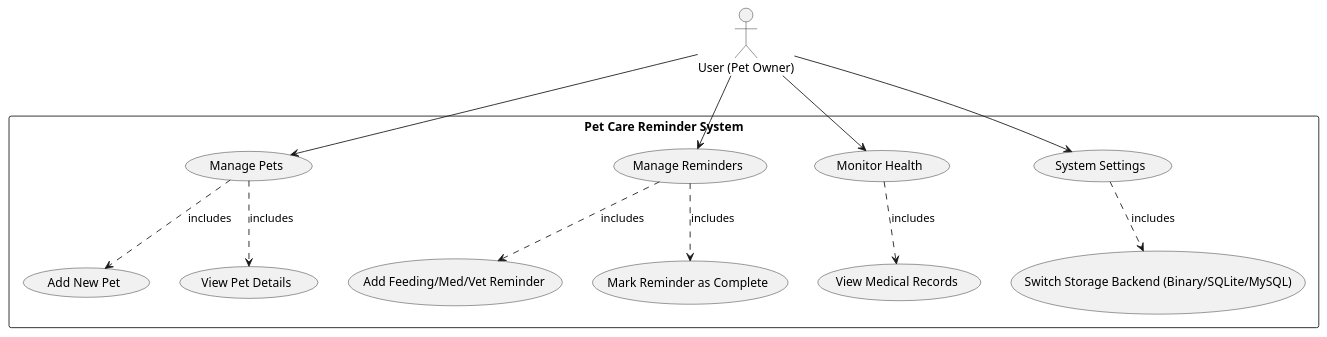
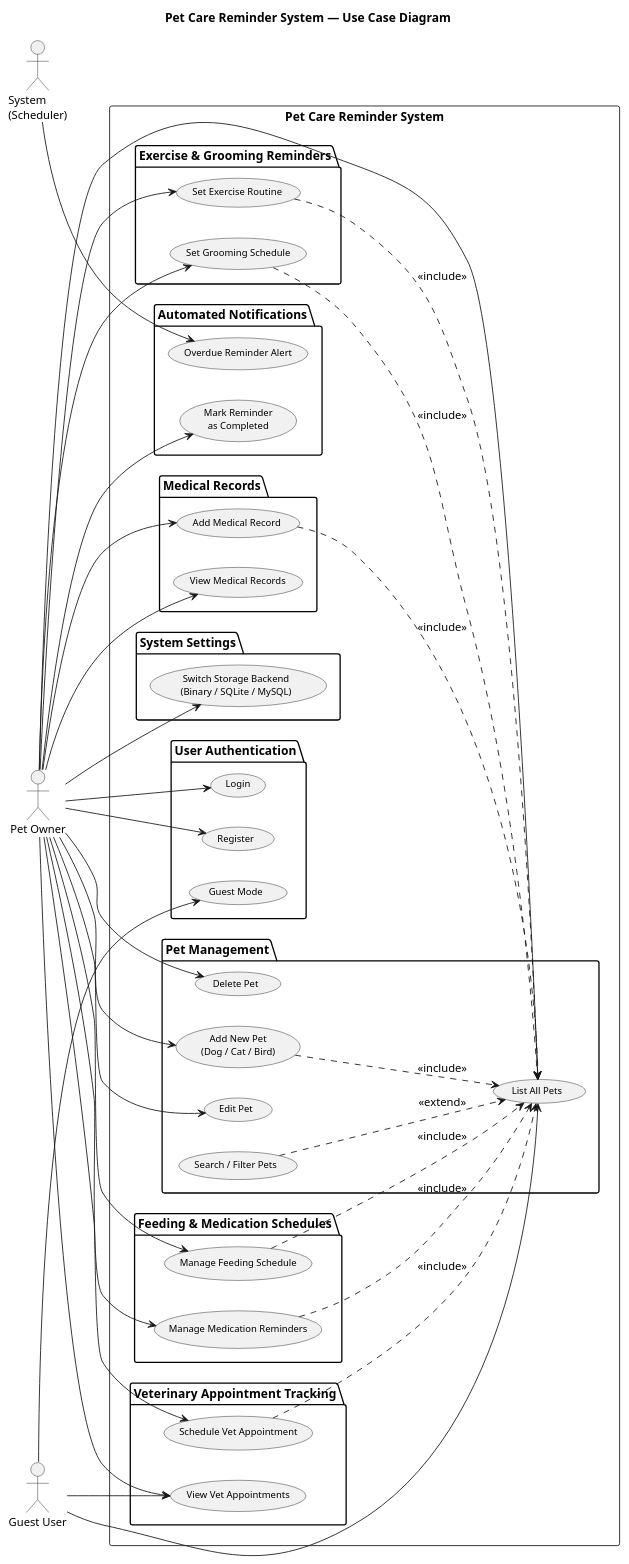
Before and after one commit to SecureCypher/cen-206-38-mehdi-karagulle-java: the diagram in design/plantuml/usecase.puml, drawn with PlantUML. The commit also changed 54 other files, not shown here.

Commit message:
docs(design): sync comprehensive UML diagrams and Figma mockups

```diff
--- a/design/plantuml/usecase.puml
+++ b/design/plantuml/usecase.puml
@@ -1,34 +1,102 @@
 @startuml PetReminderUseCase
-actor "User (Pet Owner)" as User
+title Pet Care Reminder System — Use Case Diagram
+
+left to right direction
+skinparam actorFontSize 13
+skinparam usecaseFontSize 11
+
+actor "Pet Owner" as User
+actor "Guest User" as Guest
+actor "System\n(Scheduler)" as System
 
 rectangle "Pet Care Reminder System" {
-  usecase "Manage Pets" as UC1
-  usecase "Add New Pet" as UC1_1
-  usecase "View Pet Details" as UC1_2
-  
-  usecase "Manage Reminders" as UC2
-  usecase "Add Feeding/Med/Vet Reminder" as UC2_1
-  usecase "Mark Reminder as Complete" as UC2_2
-  
-  usecase "Monitor Health" as UC3
-  usecase "View Medical Records" as UC3_1
-  
-  usecase "System Settings" as UC4
-  usecase "Switch Storage Backend (Binary/SQLite/MySQL)" as UC4_1
+
+    package "User Authentication" {
+        usecase "Login" as UC_LOGIN
+        usecase "Register" as UC_REGISTER
+        usecase "Guest Mode" as UC_GUEST
+    }
+
+    package "Pet Management" {
+        usecase "List All Pets" as UC_PET_LIST
+        usecase "Add New Pet\n(Dog / Cat / Bird)" as UC_PET_ADD
+        usecase "Edit Pet" as UC_PET_EDIT
+        usecase "Delete Pet" as UC_PET_DEL
+        usecase "Search / Filter Pets" as UC_PET_SEARCH
+    }
+
+    package "Feeding & Medication Schedules" {
+        usecase "Manage Feeding Schedule" as UC_FEED
+        usecase "Manage Medication Reminders" as UC_MED
+    }
+
+    package "Veterinary Appointment Tracking" {
+        usecase "Schedule Vet Appointment" as UC_VET_ADD
+        usecase "View Vet Appointments" as UC_VET_LIST
+    }
+
+    package "Exercise & Grooming Reminders" {
+        usecase "Set Exercise Routine" as UC_EXERCISE
+        usecase "Set Grooming Schedule" as UC_GROOM
+    }
+
+    package "Medical Records" {
+        usecase "Add Medical Record" as UC_MED_ADD
+        usecase "View Medical Records" as UC_MED_VIEW
+    }
+
+    package "System Settings" {
+        usecase "Switch Storage Backend\n(Binary / SQLite / MySQL)" as UC_STORAGE
+    }
+
+    package "Automated Notifications" {
+        usecase "Overdue Reminder Alert" as UC_OVERDUE
+        usecase "Mark Reminder\nas Completed" as UC_COMPLETE
+    }
 }
 
-User --> UC1
-UC1 ..> UC1_1 : includes
-UC1 ..> UC1_2 : includes
+' ── Pet Owner (full access) ──
+User --> UC_LOGIN
+User --> UC_REGISTER
 
-User --> UC2
-UC2 ..> UC2_1 : includes
-UC2 ..> UC2_2 : includes
+User --> UC_PET_LIST
+User --> UC_PET_ADD
+User --> UC_PET_EDIT
+User --> UC_PET_DEL
 
-User --> UC3
-UC3 ..> UC3_1 : includes
+User --> UC_FEED
+User --> UC_MED
 
-User --> UC4
-UC4 ..> UC4_1 : includes
+User --> UC_VET_ADD
+User --> UC_VET_LIST
+
+User --> UC_EXERCISE
+User --> UC_GROOM
+
+User --> UC_MED_ADD
+User --> UC_MED_VIEW
+
+User --> UC_STORAGE
+User --> UC_COMPLETE
+
+' ── Guest User (read-only) ──
+Guest --> UC_GUEST
+Guest --> UC_PET_LIST
+Guest --> UC_VET_LIST
+
+' ── System actor ──
+System --> UC_OVERDUE
+
+' ── <<include>> Relationships ──
+UC_PET_ADD ..> UC_PET_LIST : <<include>>
+UC_FEED ..> UC_PET_LIST : <<include>>
+UC_MED ..> UC_PET_LIST : <<include>>
+UC_VET_ADD ..> UC_PET_LIST : <<include>>
+UC_EXERCISE ..> UC_PET_LIST : <<include>>
+UC_GROOM ..> UC_PET_LIST : <<include>>
+UC_MED_ADD ..> UC_PET_LIST : <<include>>
+
+' ── <<extend>> Relationships ──
+UC_PET_SEARCH ..> UC_PET_LIST : <<extend>>
 
 @enduml
```
